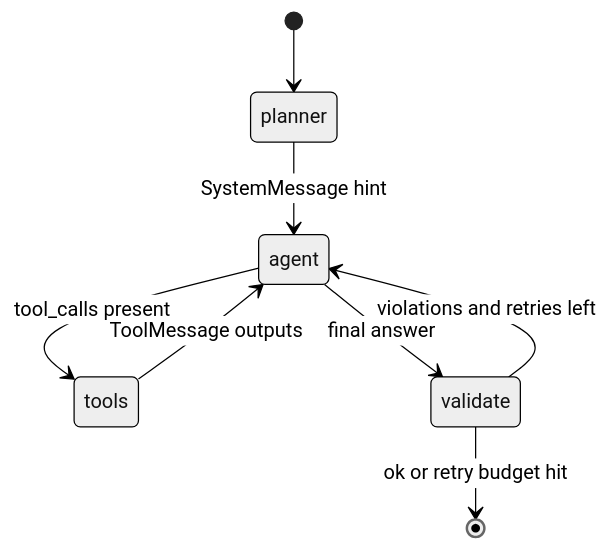
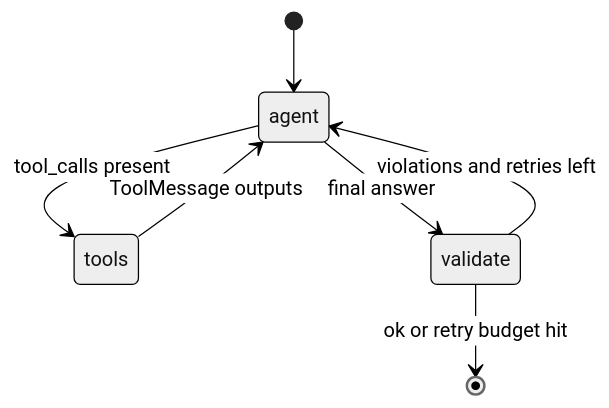
Before and after one commit to moetzi/agentic-graphrag-endangered-species-qa: the second of 5 diagrams in docs/architecture.md, drawn with Mermaid (neutral theme). The commit also changed other lines of this file and 11 other files, not shown here.

````diff
--- a/docs/architecture.md
+++ b/docs/architecture.md
@@ -61,10 +59,9 @@
 ```mermaid
 stateDiagram-v2
-    [*] --> planner
-    planner --> agent: SystemMessage hint
+    [*] --> agent
     agent --> tools: tool_calls present
     tools --> agent: ToolMessage outputs
     agent --> validate: final answer
     validate --> [*]: ok or retry budget hit
     validate --> agent: violations and retries left
 ```
````
